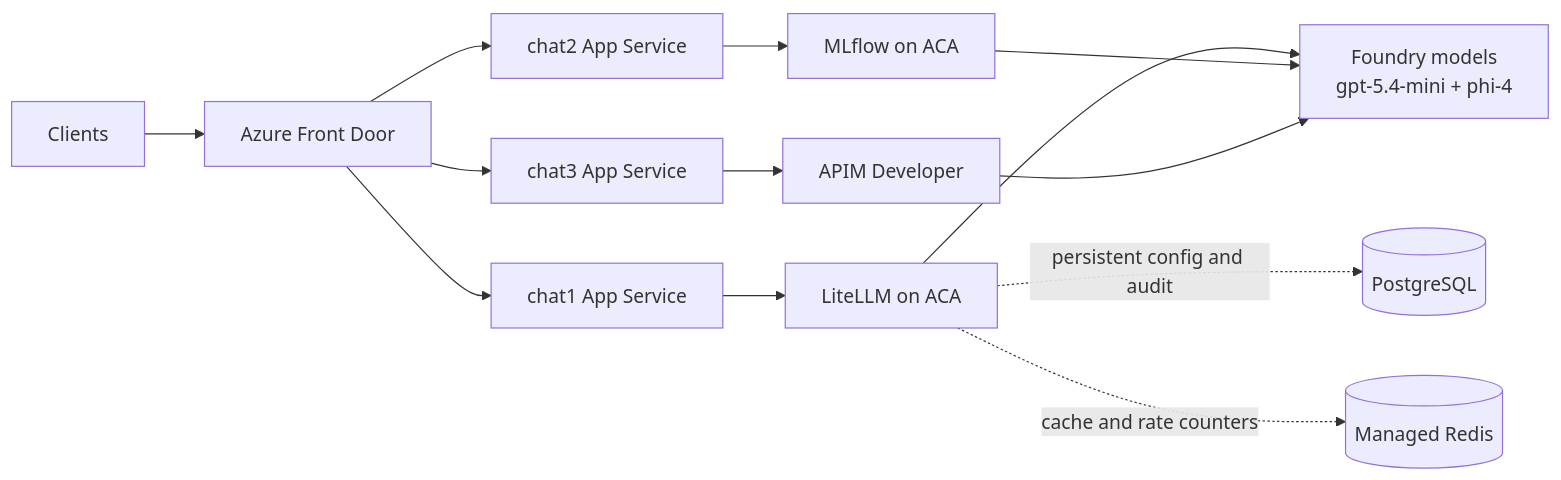
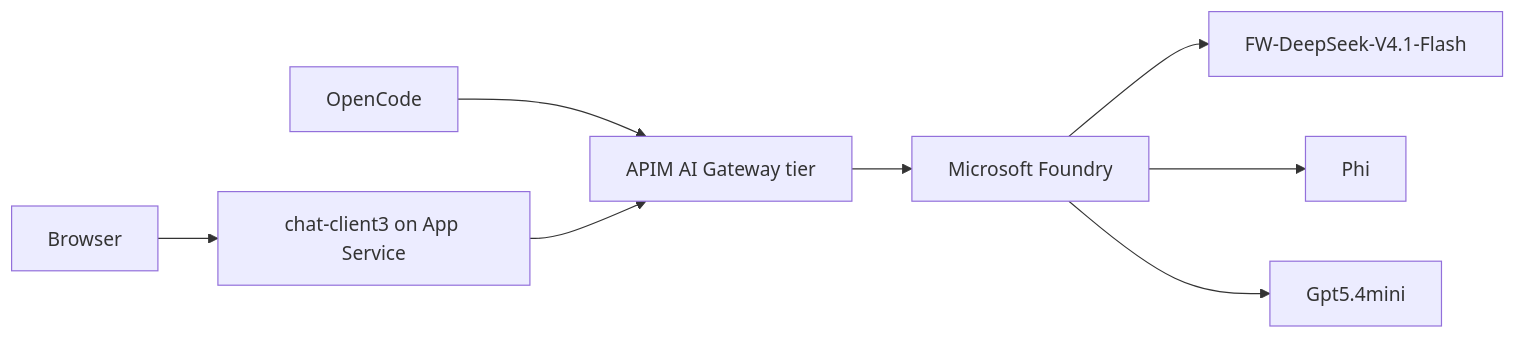
One commit to bulentozkir/msfoundry-LiteLLm changed the diagram in README.md. Above: the diagram before and after it, drawn with Mermaid. The commit also changed other lines of this file and 176 other files, not shown here.

````diff
--- a/README.md
+++ b/README.md
@@ -11,18 +5,10 @@
 ```mermaid
 flowchart LR
-	U[Clients] --> FD[Azure Front Door]
-	FD --> C1[chat1 App Service]
-	FD --> C2[chat2 App Service]
-	FD --> C3[chat3 App Service]
-
-	C1 --> L1[LiteLLM on ACA]
-	C2 --> M1[MLflow on ACA]
-	C3 --> A3[APIM Developer]
-
-	L1 --> F[Foundry models\ngpt-5.4-mini + phi-4]
-	M1 --> F
-	A3 --> F
-
-	L1 -. persistent config and audit .-> PG[(PostgreSQL)]
-	L1 -. cache and rate counters .-> R[(Managed Redis)]
+	U[Browser] --> C3[chat-client3 on App Service]
+	OC[OpenCode] --> A3[APIM AI Gateway tier]
+	C3 --> A3
+	A3 --> F[Microsoft Foundry]
+	F --> D[FW-DeepSeek-V4.1-Flash]
+	F --> P[Phi]
+	F --> G[Gpt5.4mini]
 ```
````
